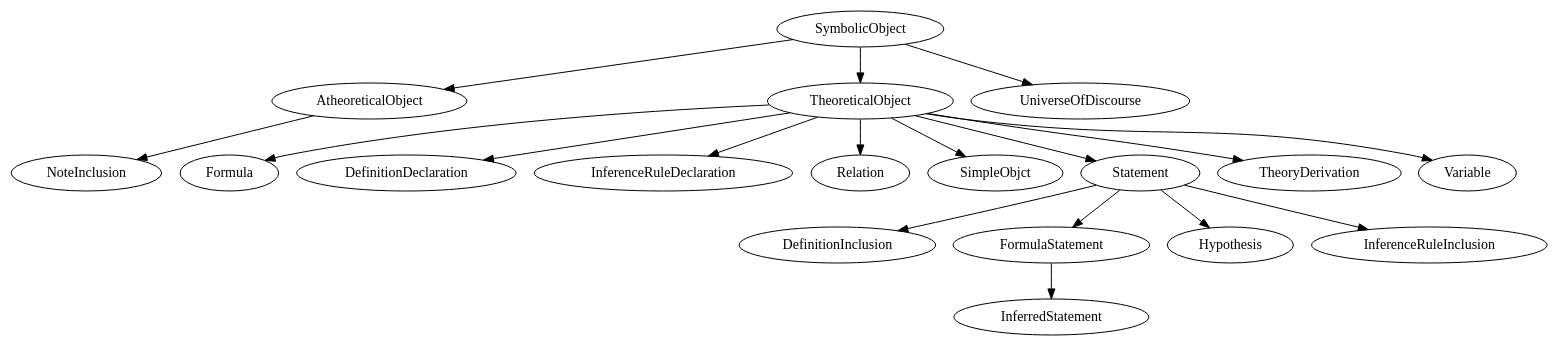
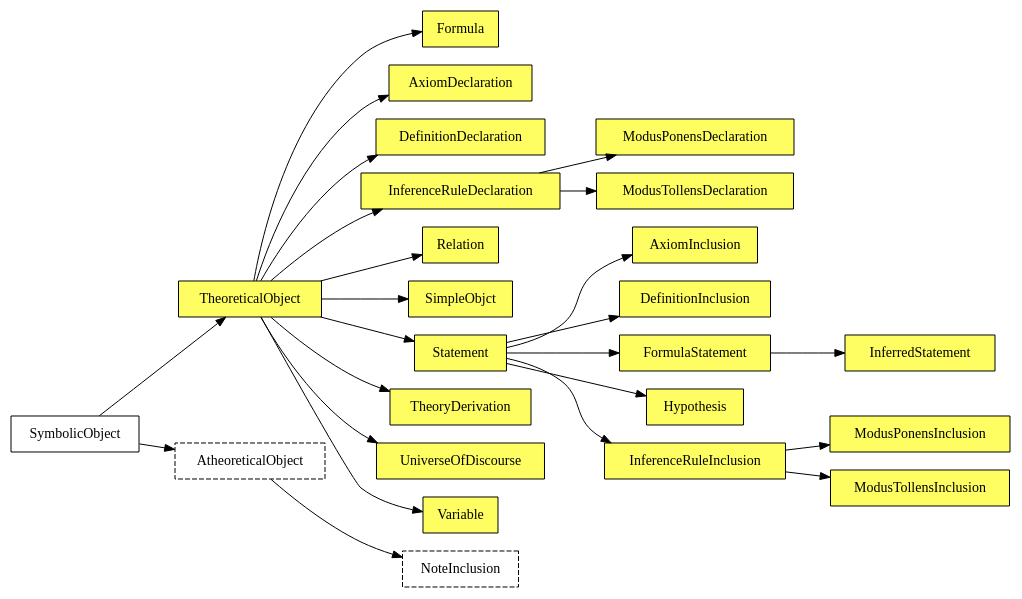
The diagram in docs/source/python/class/class_diagram.rst (daviddoret/punctilious), drawn with Graphviz before and after one commit. The commit also changed 46 other files, not shown here.

```diff
--- a/docs/source/python/class/class_diagram.rst
+++ b/docs/source/python/class/class_diagram.rst
@@ -14,22 +14,58 @@
 .. graphviz::
 
    digraph "Punctilious data model" {
+      rankdir = LR;
+      node [shape=box];
+      fontname="Arial";
+      fontsize="20pt";
+
+      TheoreticalObject [style=filled, fillcolor="#FEFE62"];
+      Formula [style=filled, fillcolor="#FEFE62"];
+      AxiomDeclaration [style=filled, fillcolor="#FEFE62"];
+      DefinitionDeclaration [style=filled, fillcolor="#FEFE62"];
+      InferenceRuleDeclaration [style=filled, fillcolor="#FEFE62"];
+      Relation [style=filled, fillcolor="#FEFE62"];
+      SimpleObjct [style=filled, fillcolor="#FEFE62"];
+      Statement [style=filled, fillcolor="#FEFE62"];
+      TheoryDerivation [style=filled, fillcolor="#FEFE62"];
+      UniverseOfDiscourse [style=filled, fillcolor="#FEFE62"];
+      Variable [style=filled, fillcolor="#FEFE62"];
+      AxiomInclusion [style=filled, fillcolor="#FEFE62"];
+      DefinitionInclusion [style=filled, fillcolor="#FEFE62"];
+      FormulaStatement [style=filled, fillcolor="#FEFE62"];
+      Hypothesis [style=filled, fillcolor="#FEFE62"];
+      InferenceRuleInclusion [style=filled, fillcolor="#FEFE62"];
+      ModusPonensInclusion [style=filled, fillcolor="#FEFE62"];
+      ModusTollensInclusion [style=filled, fillcolor="#FEFE62"];
+      ModusPonensDeclaration [style=filled, fillcolor="#FEFE62"];
+      ModusTollensDeclaration [style=filled, fillcolor="#FEFE62"];
+      InferredStatement [style=filled, fillcolor="#FEFE62"];
+
+      AtheoreticalObject [style=dashed];
+      NoteInclusion [style=dashed];
+
       "SymbolicObject" -> "AtheoreticalObject";
       "SymbolicObject" -> "TheoreticalObject";
-      "SymbolicObject" -> "UniverseOfDiscourse";
       "TheoreticalObject" -> "Formula";
+      "TheoreticalObject" -> "AxiomDeclaration";
       "TheoreticalObject" -> "DefinitionDeclaration";
       "TheoreticalObject" -> "InferenceRuleDeclaration";
       "TheoreticalObject" -> "Relation";
       "TheoreticalObject" -> "SimpleObjct";
       "TheoreticalObject" -> "Statement";
       "TheoreticalObject" -> "TheoryDerivation";
+      "TheoreticalObject" -> "UniverseOfDiscourse";
       "TheoreticalObject" -> "Variable";
+      "Statement" -> "AxiomInclusion";
       "Statement" -> "DefinitionInclusion";
       "Statement" -> "FormulaStatement";
       "Statement" -> "Hypothesis";
       "Statement" -> "InferenceRuleInclusion";
+      "InferenceRuleInclusion" -> "ModusPonensInclusion";
+      "InferenceRuleInclusion" -> "ModusTollensInclusion";
+      "InferenceRuleDeclaration" -> "ModusPonensDeclaration";
+      "InferenceRuleDeclaration" -> "ModusTollensDeclaration";
       "AtheoreticalObject" -> "NoteInclusion";
       "FormulaStatement" -> "InferredStatement";
 
    }
```
